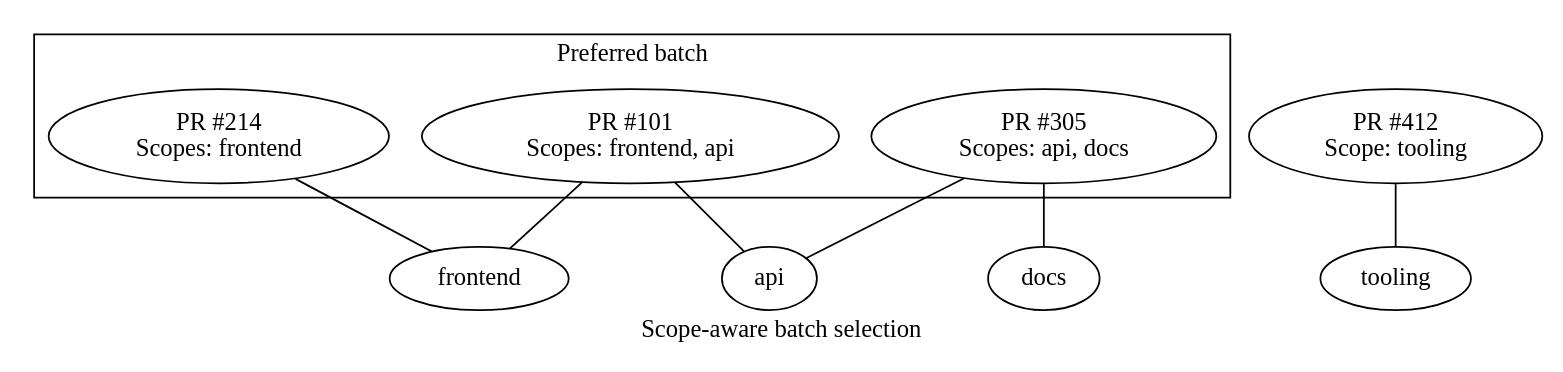
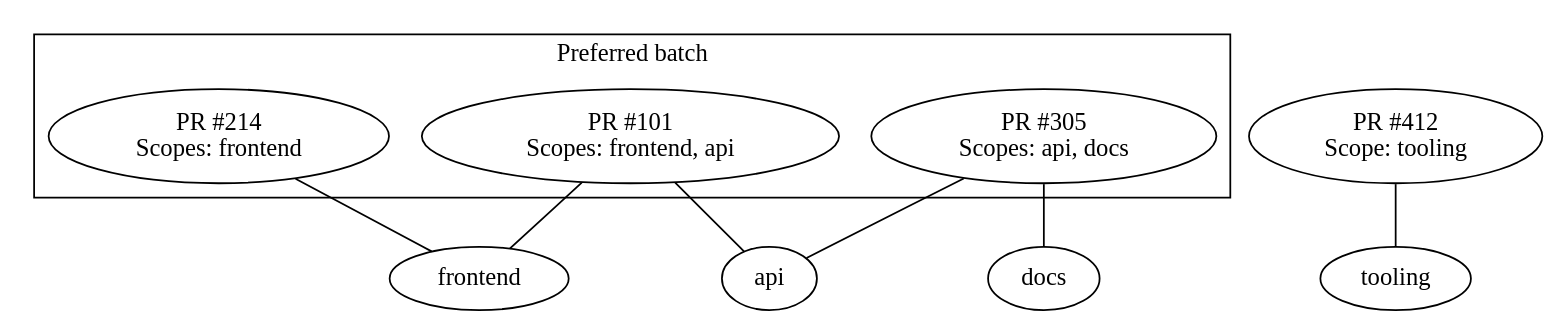
One commit to Mergifyio/docs changed the diagram in src/content/docs/merge-queue/scopes.mdx. Above: the diagram before and after it, drawn with Graphviz. The commit also changed 20 other files, not shown here.

First line of the commit message:
feat(diagrams): size by type, caption in HTML, one meaning per role

````diff
--- a/src/content/docs/merge-queue/scopes.mdx
+++ b/src/content/docs/merge-queue/scopes.mdx
@@ -31,28 +31,27 @@
-```dot class="queue"
+```dot class="queue" title="Scope-aware batch selection: the three pull requests that share frontend and api form the batch; the tooling change waits"
 digraph {
-  label="Scope-aware batch selection";
   edge [arrowhead=none];
 
   subgraph cluster_preferred {
     class="batch";
     label="Preferred batch";
     PR1 [label="PR #101\nScopes: frontend, api", class="queued"];
     PR2 [label="PR #214\nScopes: frontend", class="queued"];
     PR3 [label="PR #305\nScopes: api, docs", class="queued"];
   }
 
   PR4 [label="PR #412\nScope: tooling", class="muted"];
 
   frontend [shape=oval, class="config"];
   api [shape=oval, class="config"];
   docs [shape=oval, class="config"];
   tooling [shape=oval, class="config"];
 
   PR1 -> frontend;
   PR1 -> api;
   PR2 -> frontend;
   PR3 -> api;
   PR3 -> docs;
   PR4 -> tooling;
 }
 ```
````
